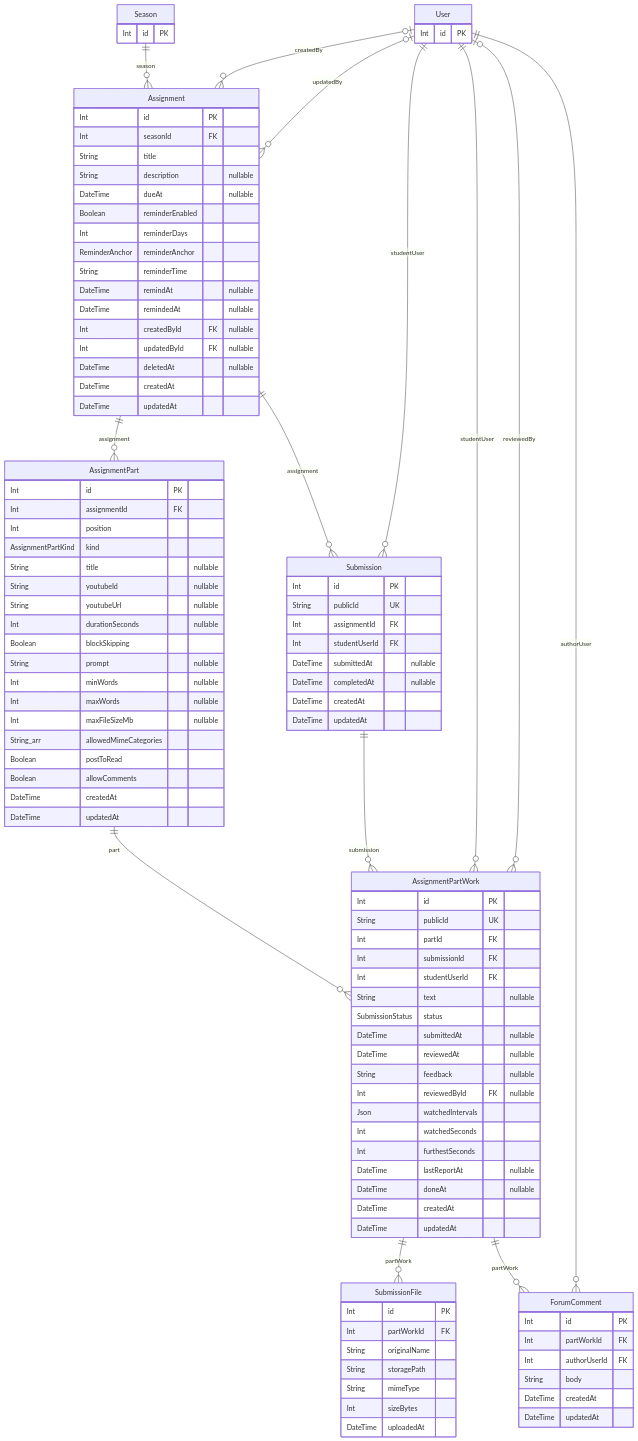
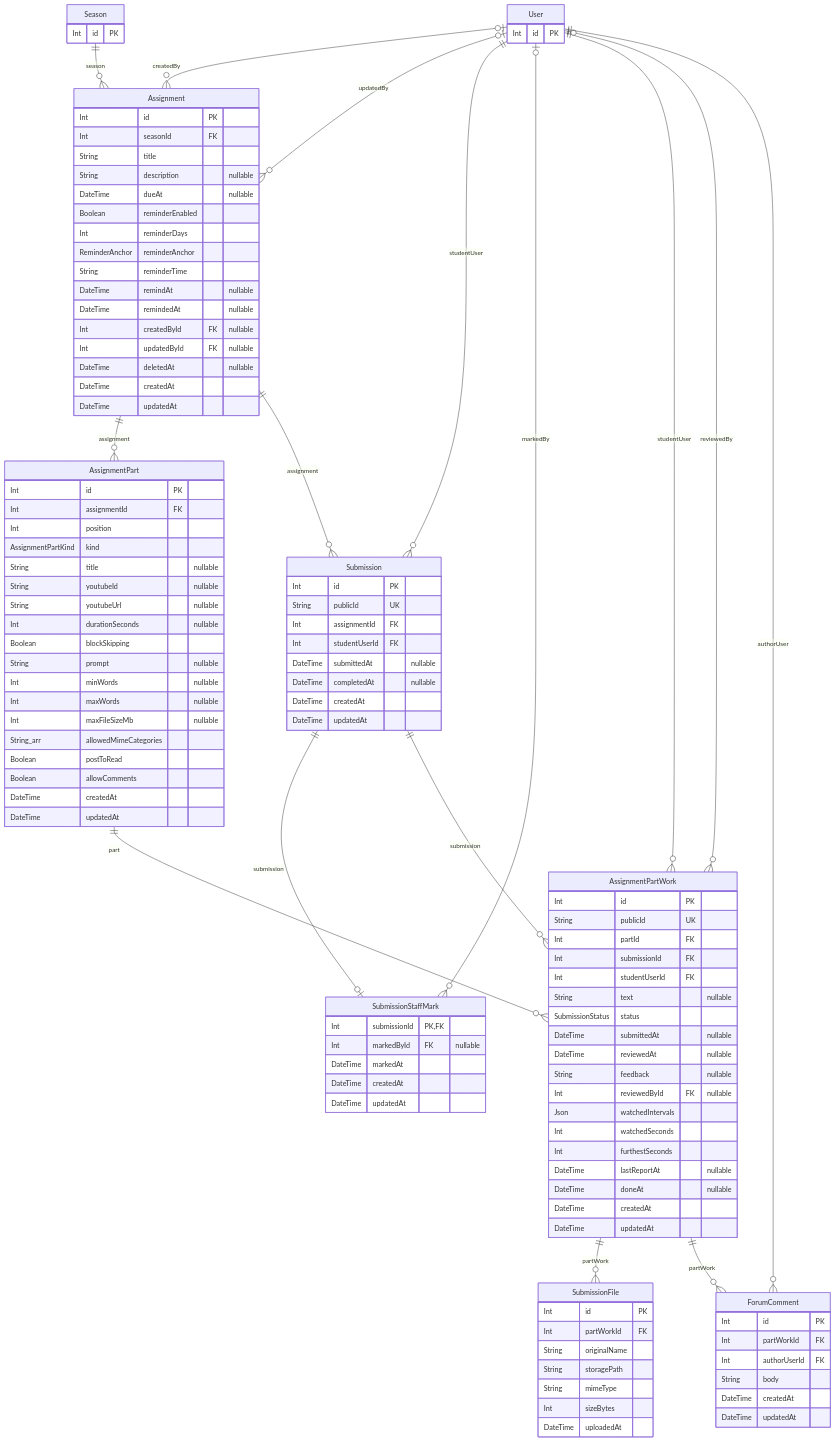
Before and after one commit to MarkBotros0/space-v2: the fourth of 7 diagrams in docs/database/erd.md, drawn with Mermaid. The commit also changed 50 other files, not shown here.

```diff
--- a/docs/database/erd.md
+++ b/docs/database/erd.md
@@ -294,6 +294,8 @@
   Assignment ||--o{ AssignmentPart : "assignment"
   Assignment ||--o{ Submission : "assignment"
   User ||--o{ Submission : "studentUser"
+  Submission ||--o| SubmissionStaffMark : "submission"
+  User |o--o{ SubmissionStaffMark : "markedBy"
   AssignmentPart ||--o{ AssignmentPartWork : "part"
   Submission ||--o{ AssignmentPartWork : "submission"
   User ||--o{ AssignmentPartWork : "studentUser"
@@ -349,6 +351,13 @@
     DateTime createdAt
     DateTime updatedAt
   }
+  SubmissionStaffMark {
+    Int submissionId PK, FK
+    Int markedById FK "nullable"
+    DateTime markedAt
+    DateTime createdAt
+    DateTime updatedAt
+  }
   AssignmentPartWork {
     Int id PK
     String publicId UK
```
